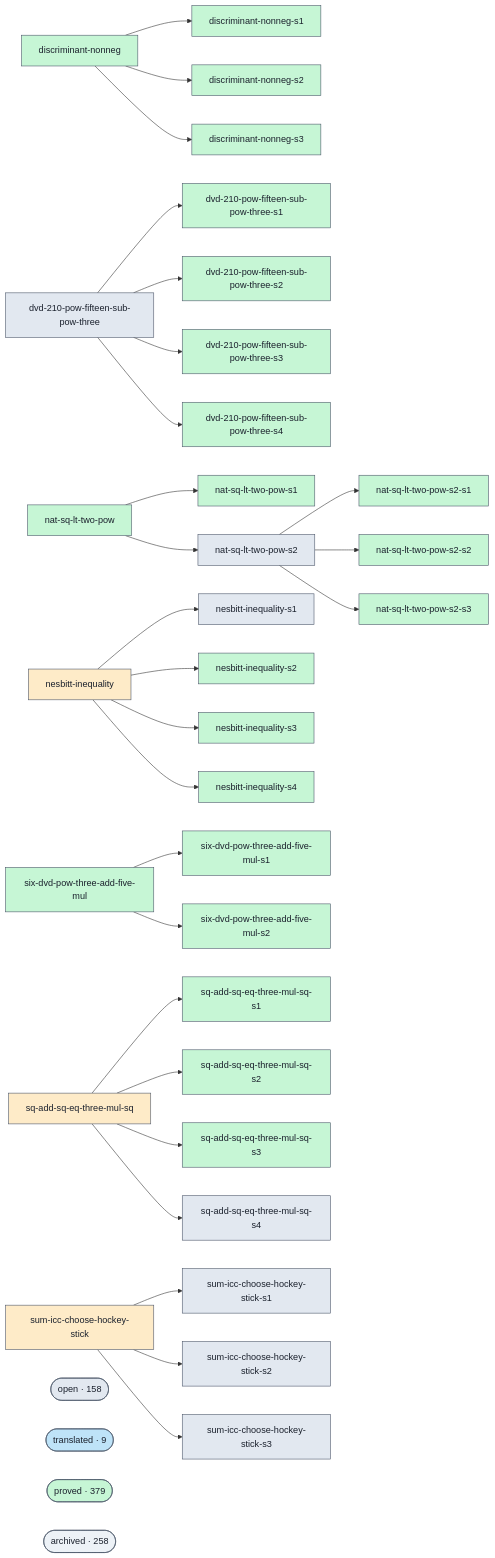
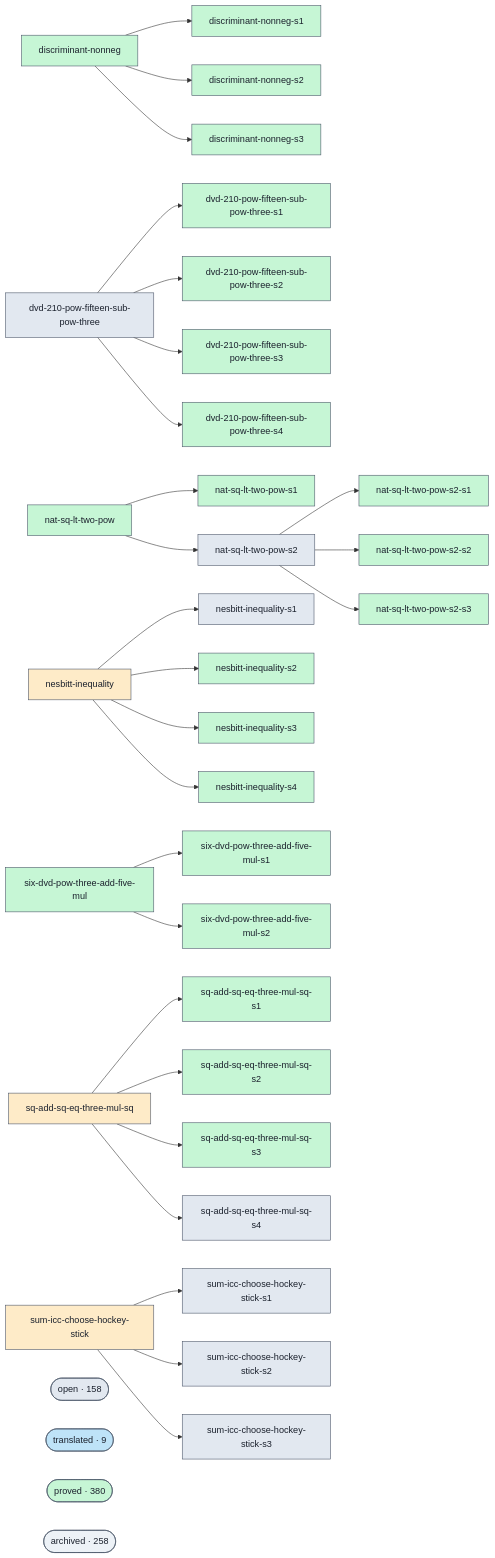
The diagram in docs/proofs-contributors-visualisation.md (Rauxon/unsorry), drawn with Mermaid before and after one commit. The commit also changed other lines of this file and 2 other files, not shown here.

```diff
--- a/docs/proofs-contributors-visualisation.md
+++ b/docs/proofs-contributors-visualisation.md
@@ -147,7 +147,7 @@
   class cluster_open open;
   cluster_translated(["translated · 9"])
   class cluster_translated translated;
-  cluster_proved(["proved · 379"])
+  cluster_proved(["proved · 380"])
   class cluster_proved proved;
   cluster_archived(["archived · 258"])
   class cluster_archived unknown;
```
